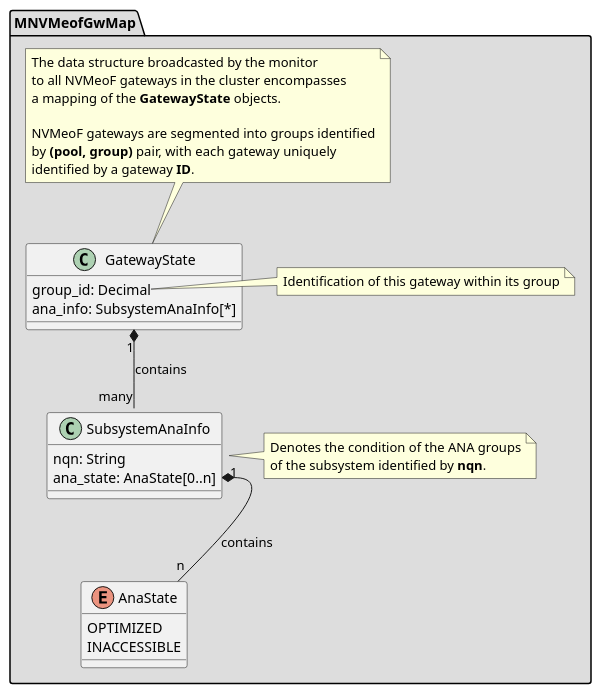
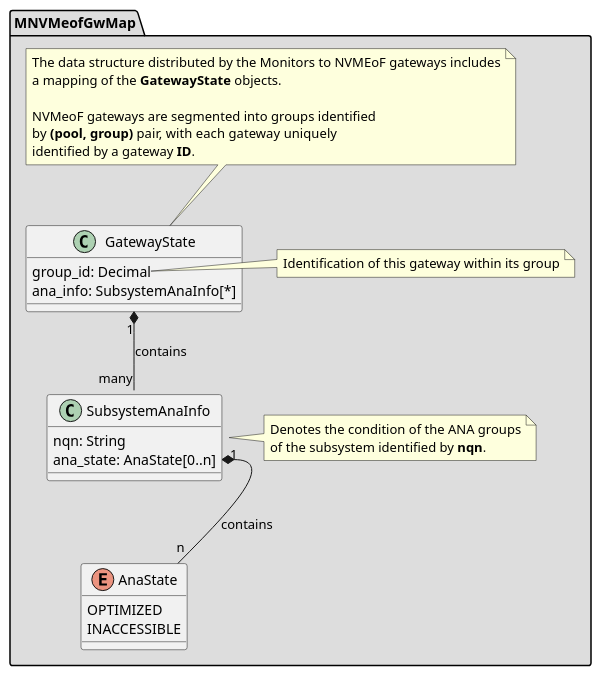
One commit to scantist-ossops-m2/ceph-ci changed the diagram in doc/nvmeof/gateway-state.puml. Above: the diagram before and after it, drawn with PlantUML. The commit also changed 1 other file, not shown here.

```diff
--- a/doc/nvmeof/gateway-state.puml
+++ b/doc/nvmeof/gateway-state.puml
@@ -1,42 +1,41 @@
 @startuml
 
 package "MNVMeofGwMap" #DDDDDD {
 
     class GatewayState {
         group_id: Decimal
         ana_info: SubsystemAnaInfo[*]
     }
 
     note top
-        The data structure broadcasted by the monitor
-        to all NVMeoF gateways in the cluster encompasses
+        The data structure distributed by the Monitors to NVMEoF gateways includes
         a mapping of the <b>GatewayState</b> objects.
 
         NVMeoF gateways are segmented into groups identified
         by <b>(pool, group)</b> pair, with each gateway uniquely
         identified by a gateway <b>ID</b>.
     end note
 
     note right of GatewayState::group_id
         Identification of this gateway within its group
     end note
 
     class SubsystemAnaInfo {
         nqn: String
         ana_state: AnaState[0..n]
     }
 
     note right of SubsystemAnaInfo
         Denotes the condition of the ANA groups
         of the subsystem identified by <b>nqn</b>.
     end note
 
     enum AnaState {
         OPTIMIZED
         INACCESSIBLE
     }
 
     GatewayState "1" *-- "many" SubsystemAnaInfo : contains
     SubsystemAnaInfo::ana_state "1" *-- "n" AnaState : contains
 }
 @enduml
```
